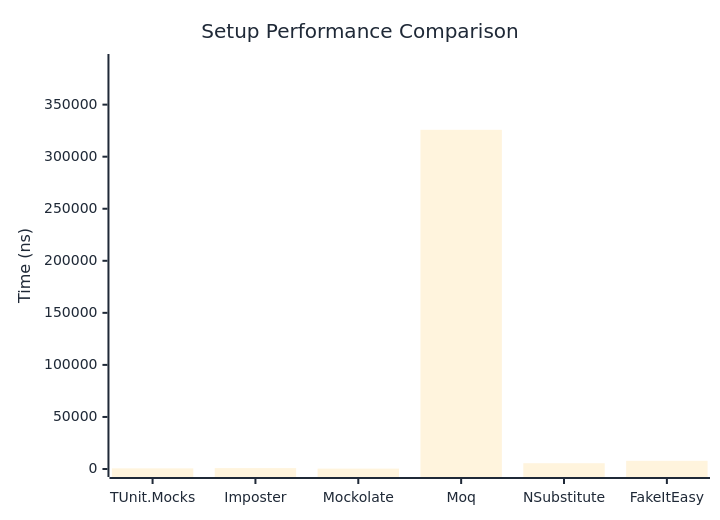
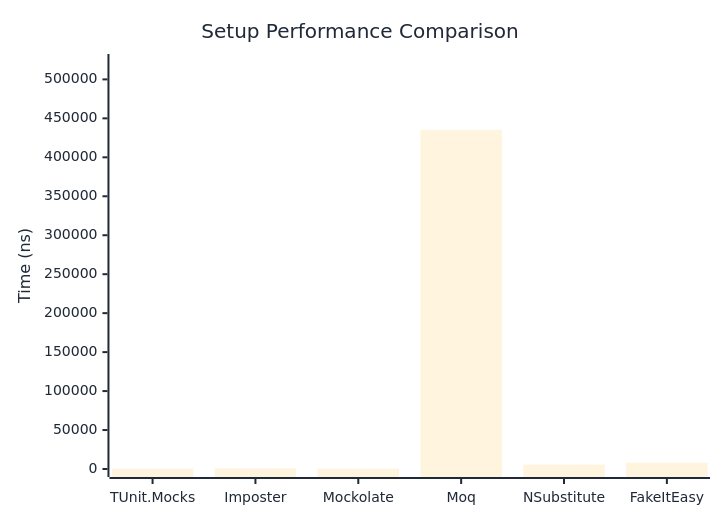
The first of 2 diagrams in docs/docs/benchmarks/mocks/Setup.md (thomhurst/TUnit), drawn with Mermaid before and after one commit. The commit also changed other lines of this file and 14 other files, not shown here.

````diff
--- a/docs/docs/benchmarks/mocks/Setup.md
+++ b/docs/docs/benchmarks/mocks/Setup.md
@@ -30,27 +30,27 @@
 ```mermaid
 %%{init: {
   'theme':'base',
   'themeVariables': {
     'primaryColor': '#2563eb',
     'primaryTextColor': '#1f2937',
     'primaryBorderColor': '#1e40af',
     'lineColor': '#6b7280',
     'secondaryColor': '#7c3aed',
     'tertiaryColor': '#dc2626',
     'background': '#ffffff',
     'pie1': '#2563eb',
     'pie2': '#7c3aed',
     'pie3': '#dc2626',
     'pie4': '#f59e0b',
     'pie5': '#10b981',
     'pie6': '#06b6d4',
     'pie7': '#ec4899',
     'pie8': '#6366f1'
   }
 }}%%
 xychart-beta
   title "Setup Performance Comparison"
   x-axis ["TUnit.Mocks", "Imposter", "Mockolate", "Moq", "NSubstitute", "FakeItEasy"]
-  y-axis "Time (ns)" 0 --> 390956
-  bar [600.5, 862, 373.3, 325796.5, 5540.7, 7847.2]
+  y-axis "Time (ns)" 0 --> 522318
+  bar [527.9, 824.9, 334.4, 435264.7, 5567.7, 8109.2]
 ```
````
